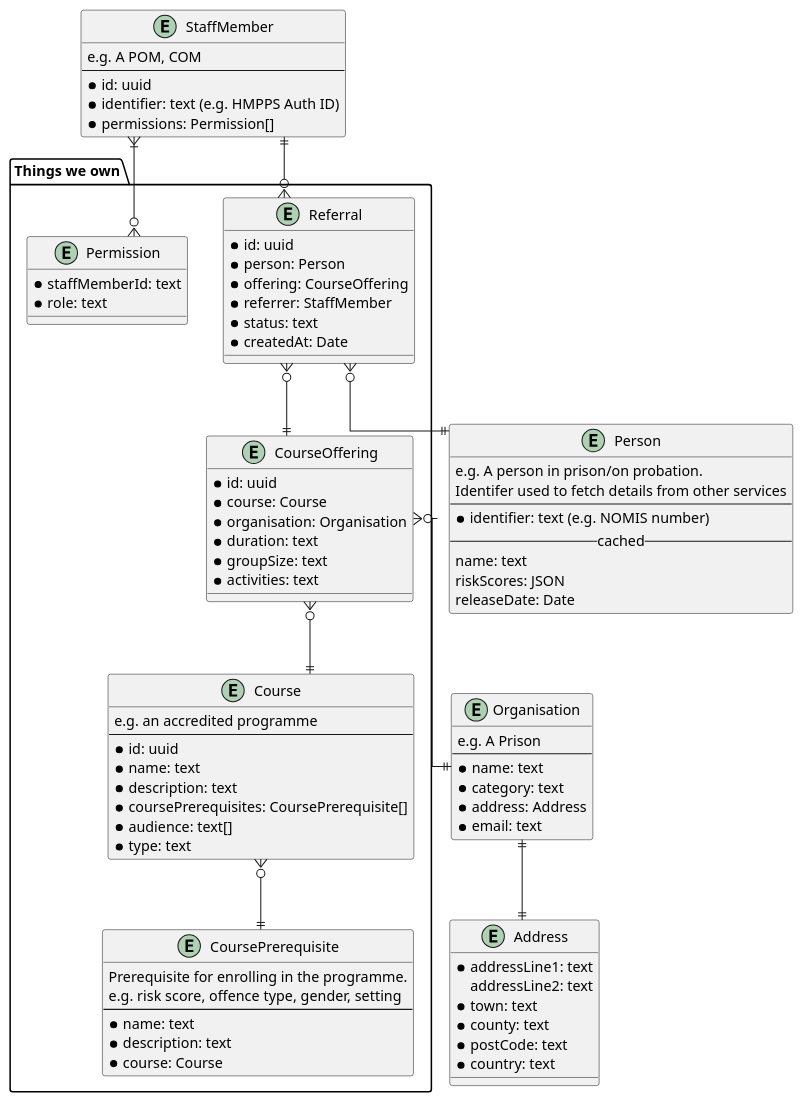
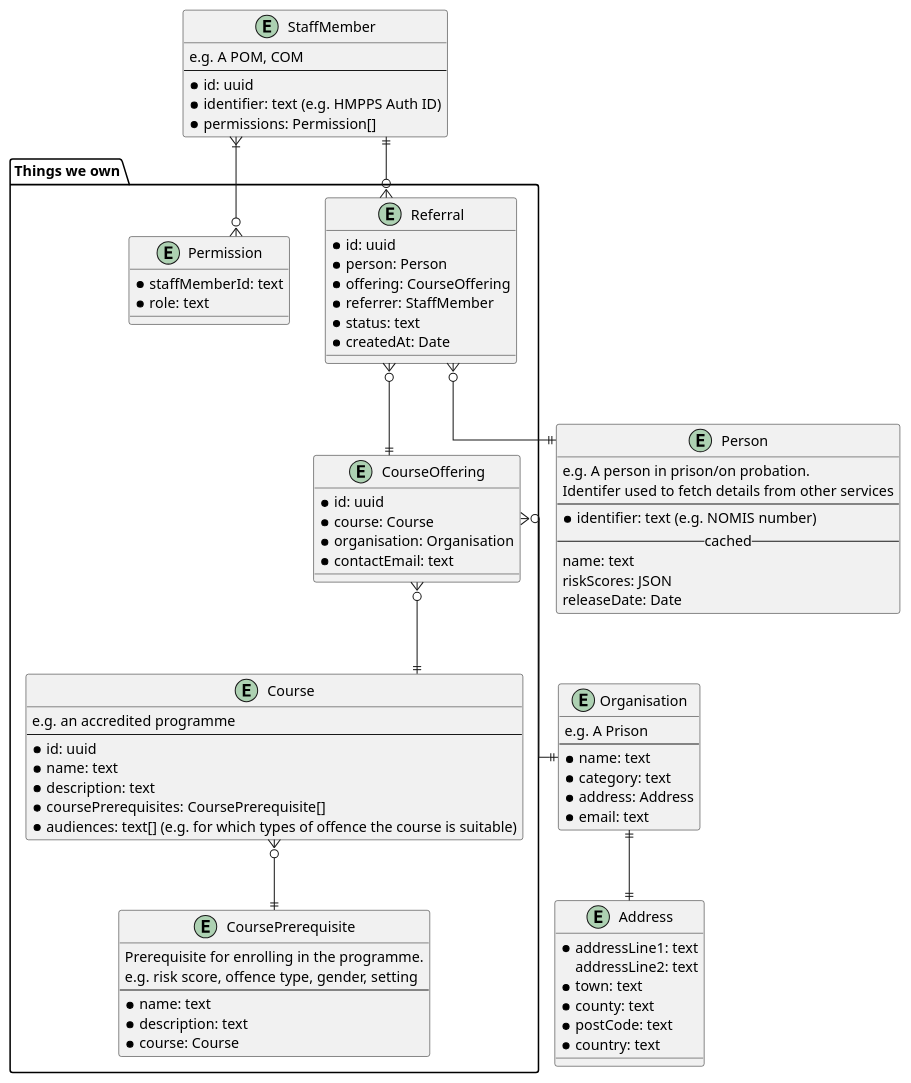
The diagram in doc/architecture/diagrams/data-structures/courses-organisations-people-referrals.wsd (ministryofjustice/hmpps-accredited-programmes-api), drawn with PlantUML before and after one commit. The commit also changed 1 other file, not shown here.

Commit message:
Update data structure diagram
We've removed some fields from our designs for now, made `audience`
plural and introduced a `contactEmail` field on the `CourseOffering`.

```diff
--- a/doc/architecture/diagrams/data-structures/courses-organisations-people-referrals.wsd
+++ b/doc/architecture/diagrams/data-structures/courses-organisations-people-referrals.wsd
@@ -1,100 +1,97 @@
 @startuml
 skinparam linetype ortho
 
 package "Things we own" {
 entity Course {
   e.g. an accredited programme
   --
   * id: uuid
   * name: text
   * description: text
   * coursePrerequisites: CoursePrerequisite[]
-  * audience: text[]
-  * type: text
+  * audiences: text[] (e.g. for which types of offence the course is suitable)
 }
 
 entity CoursePrerequisite {
   Prerequisite for enrolling in the programme.
   e.g. risk score, offence type, gender, setting
   --
   * name: text
   * description: text
   * course: Course
 }
 
 entity CourseOffering {
   * id: uuid
   * course: Course
   * organisation: Organisation
-  * duration: text
-  * groupSize: text
-  * activities: text
+  * contactEmail: text
 }
 
 entity Referral {
   * id: uuid
   * person: Person
   * offering: CourseOffering
   * referrer: StaffMember
   * status: text
   * createdAt: Date
 }
 
 entity Permission {
   * staffMemberId: text
   * role: text
 }
 }
 
 entity Organisation {
   e.g. A Prison
   --
   * name: text
   * category: text
   * address: Address
   * email: text
 }
 
 entity Address {
  * addressLine1: text
    addressLine2: text
  * town: text
  * county: text
  * postCode: text
  * country: text
 }
 
 entity Person {
   e.g. A person in prison/on probation.
   Identifer used to fetch details from other services
   --
   * identifier: text (e.g. NOMIS number)
   --cached--
   name: text
   riskScores: JSON
   releaseDate: Date
 }
 
 entity StaffMember {
   e.g. A POM, COM
   --
   * id: uuid
   * identifier: text (e.g. HMPPS Auth ID)
   * permissions: Permission[]
 }
 
 
 CourseOffering }o--|| Course
 CourseOffering }o--|| Organisation
 
 Course }o--|| CoursePrerequisite
 
 Referral }o--|| StaffMember
 Referral }o--|| CourseOffering
 Referral }o--|| Person
 
 StaffMember }|--o{ Permission
 
 Organisation ||--|| Address
 
 @enduml
```
